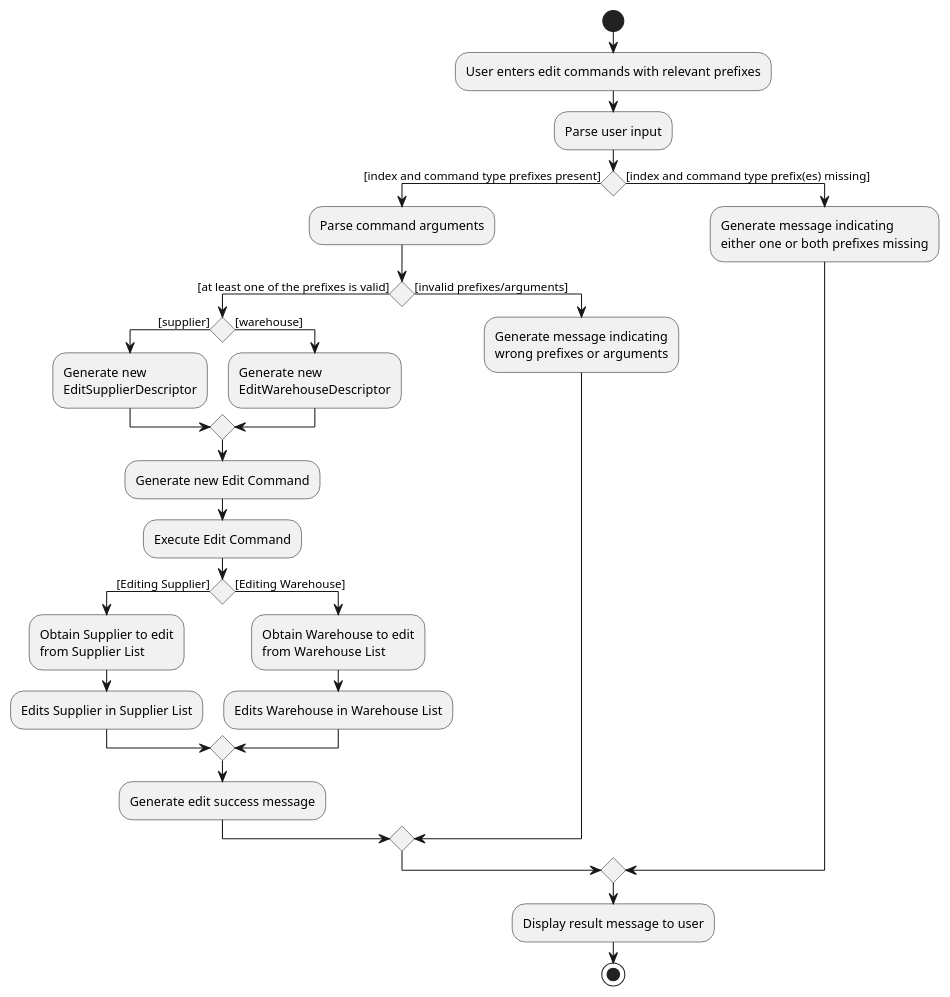
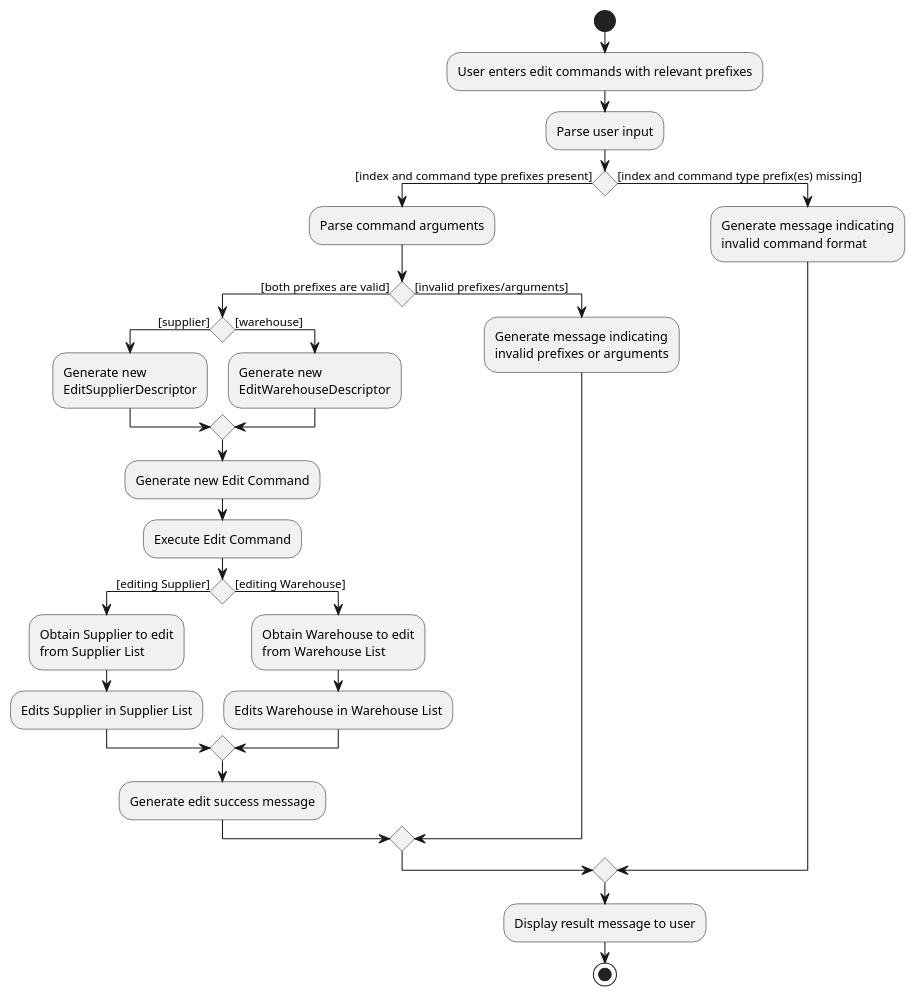
One commit to tohyuting/tp changed the diagram in docs/diagrams/EditCommandActivityDiagram.puml. Above: the diagram before and after it, drawn with PlantUML. The commit also changed 8 other files, not shown here.

```diff
--- a/docs/diagrams/EditCommandActivityDiagram.puml
+++ b/docs/diagrams/EditCommandActivityDiagram.puml
@@ -1,43 +1,43 @@
 @startuml
 start
 :User enters edit commands with relevant prefixes;
 :Parse user input;
 
 'Since the beta syntax does not support placing the condition outside the
 'diamond we place it as the true branch instead.
 
 if () then ([index and command type prefixes present])
     :Parse command arguments;
-    if () then([at least one of the prefixes is valid])
+    if () then([both prefixes are valid])
         if () then([supplier])
         :Generate new
         EditSupplierDescriptor;
         else ([warehouse])
         :Generate new
         EditWarehouseDescriptor;
         endif
 
         :Generate new Edit Command;
         :Execute Edit Command;
 
-        if () then([Editing Supplier])
+        if () then([editing Supplier])
         :Obtain Supplier to edit
         from Supplier List;
         :Edits Supplier in Supplier List;
-        else ([Editing Warehouse])
+        else ([editing Warehouse])
         :Obtain Warehouse to edit
         from Warehouse List;
         :Edits Warehouse in Warehouse List;
         endif
         :Generate edit success message;
     else ([invalid prefixes/arguments])
     :Generate message indicating
-    wrong prefixes or arguments;
+    invalid prefixes or arguments;
     endif
 else ([index and command type prefix(es) missing])
     :Generate message indicating
-    either one or both prefixes missing;
+    invalid command format;
 endif
 :Display result message to user;
 stop
 @enduml
```
